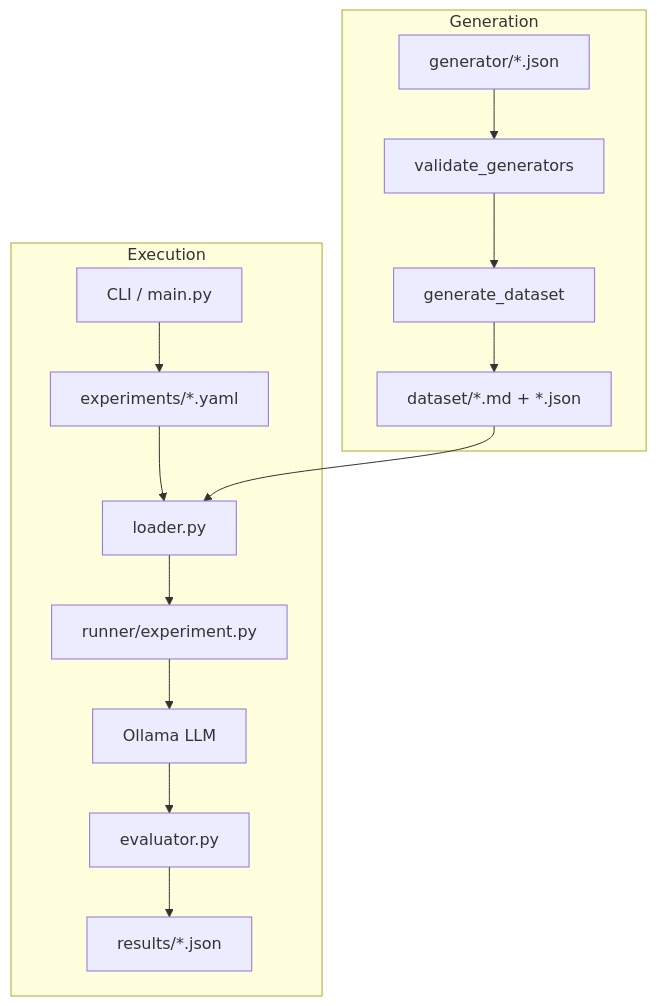
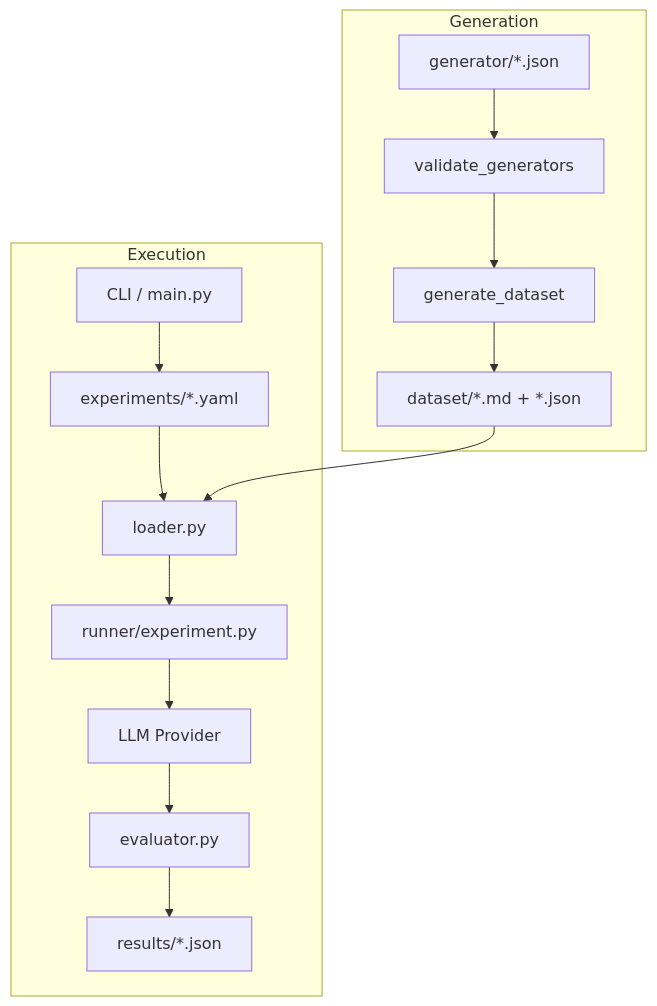
One commit to theamankumarsingh/odd-number-forensics changed the diagram in README.md. Above: the diagram before and after it, drawn with Mermaid. The commit also changed other lines of this file and 6 other files, not shown here.

Commit message:
feat(llm): add openrouter provider

````diff
--- a/README.md
+++ b/README.md
@@ -13,18 +13,18 @@
 ```mermaid
 flowchart TD
     subgraph Generation
         G1[generator/*.json] --> G2[validate_generators]
         G2 --> G3[generate_dataset]
         G3 --> G4[dataset/*.md + *.json]
     end
 
     subgraph Execution
         E1[CLI / main.py] --> E2[experiments/*.yaml]
         E2 --> E3[loader.py]
         G4 --> E3
         E3 --> E4[runner/experiment.py]
-        E4 --> E5[Ollama LLM]
+        E4 --> E5[LLM Provider]
         E5 --> E6[evaluator.py]
         E6 --> E7[results/*.json]
     end
 ```
````
